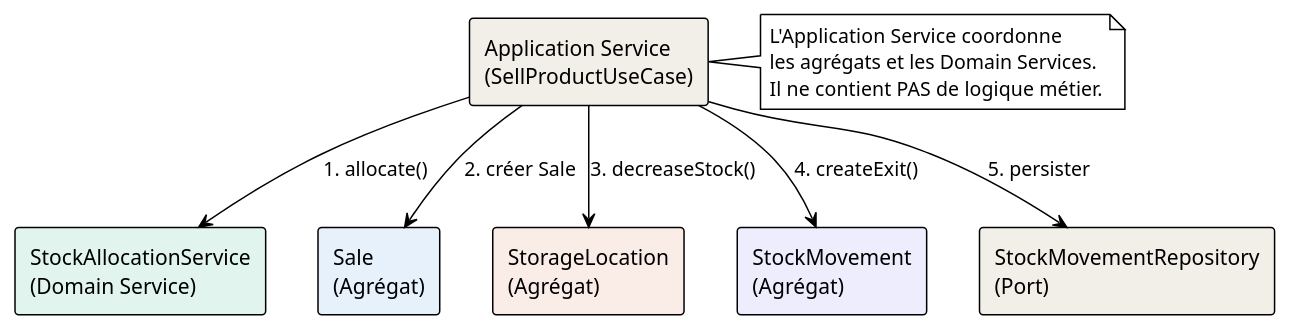
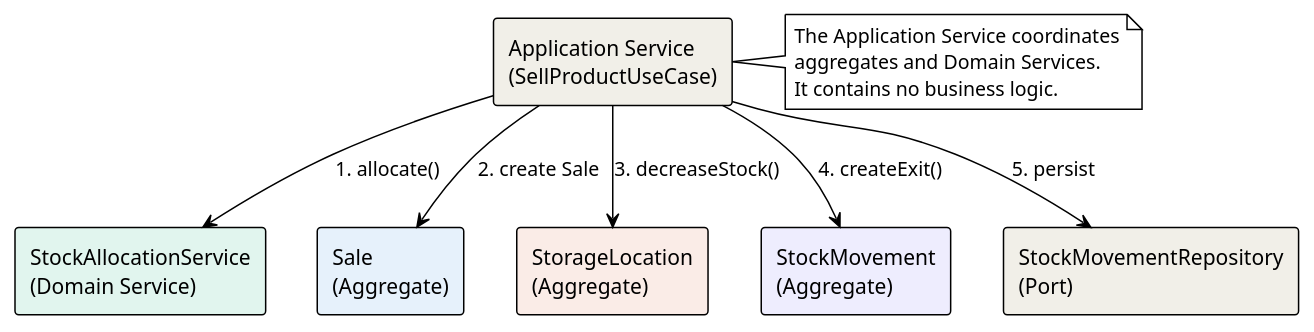
One commit to aliCheikCheikh/auto-stock-management changed the third of 3 diagrams in antora-docs/modules/domain/pages/domain-services.adoc. Above: the diagram before and after it, drawn with PlantUML. The commit also changed other lines of this file and 542 other files, not shown here.

```diff
--- a/antora-docs/modules/domain/pages/domain-services.adoc
+++ b/antora-docs/modules/domain/pages/domain-services.adoc
@@ -160,26 +94,26 @@
 [plantuml]
 ----
 @startuml
 !theme plain
 skinparam backgroundColor transparent
 
 rectangle "Application Service\n(SellProductUseCase)" as AS #F1EFE8
 rectangle "StockAllocationService\n(Domain Service)" as SAS #E1F5EE
-rectangle "Sale\n(Agrégat)" as SA #E6F1FB
-rectangle "StorageLocation\n(Agrégat)" as SL #FAECE7
-rectangle "StockMovement\n(Agrégat)" as SM #EEEDFE
+rectangle "Sale\n(Aggregate)" as SA #E6F1FB
+rectangle "StorageLocation\n(Aggregate)" as SL #FAECE7
+rectangle "StockMovement\n(Aggregate)" as SM #EEEDFE
 rectangle "StockMovementRepository\n(Port)" as SMR #F1EFE8
 
 AS -down-> SAS : 1. allocate()
-AS -down-> SA : 2. créer Sale
+AS -down-> SA : 2. create Sale
 AS -down-> SL : 3. decreaseStock()
 AS -down-> SM : 4. createExit()
-AS -down-> SMR : 5. persister
+AS -down-> SMR : 5. persist
 
 note right of AS
-  L'Application Service coordonne
-  les agrégats et les Domain Services.
-  Il ne contient PAS de logique métier.
+  The Application Service coordinates
+  aggregates and Domain Services.
+  It contains no business logic.
 end note
 @enduml
 ----
```
